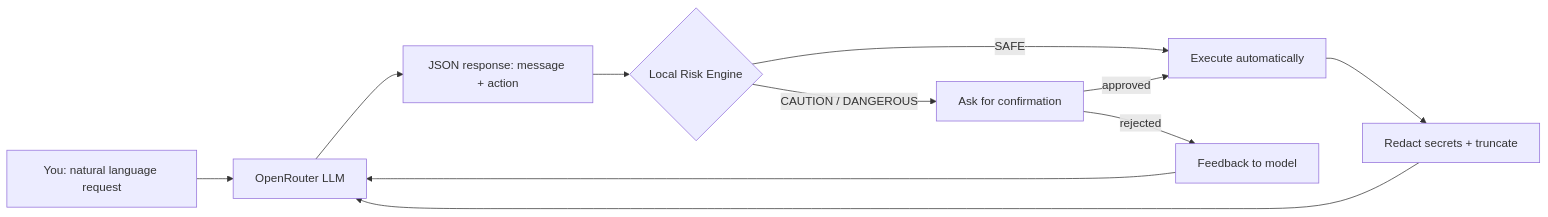
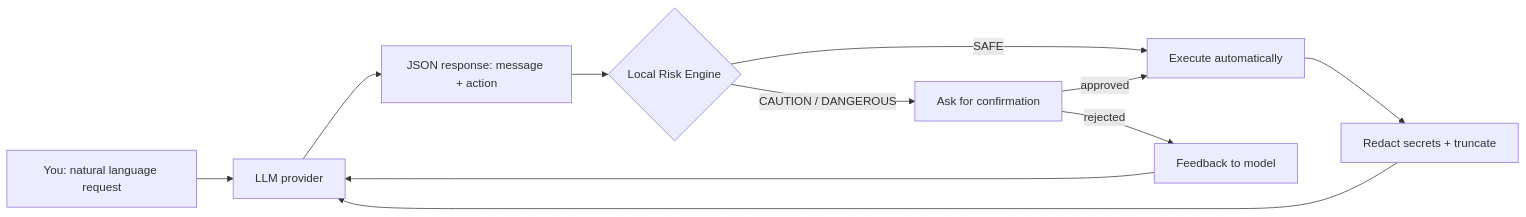
Before and after one commit to djakabubu/linux-autopilot-agent: the diagram in README.md, drawn with Mermaid. The commit also changed other lines of this file and 1 other file, not shown here.

Commit message:
Accept also OpenAI and Claude API without using OpenRouter Fixes #1

````diff
--- a/README.md
+++ b/README.md
@@ -69,13 +69,13 @@
 ```mermaid
 flowchart LR
-    A[You: natural language request] --> B[OpenRouter LLM]
+    A[You: natural language request] --> B[LLM provider]
     B --> C[JSON response: message + action]
     C --> D{Local Risk Engine}
     D -->|SAFE| E[Execute automatically]
     D -->|CAUTION / DANGEROUS| F[Ask for confirmation]
     E --> G[Redact secrets + truncate]
     F -->|approved| E
     F -->|rejected| H[Feedback to model]
     G --> B
     H --> B
 ```
````
